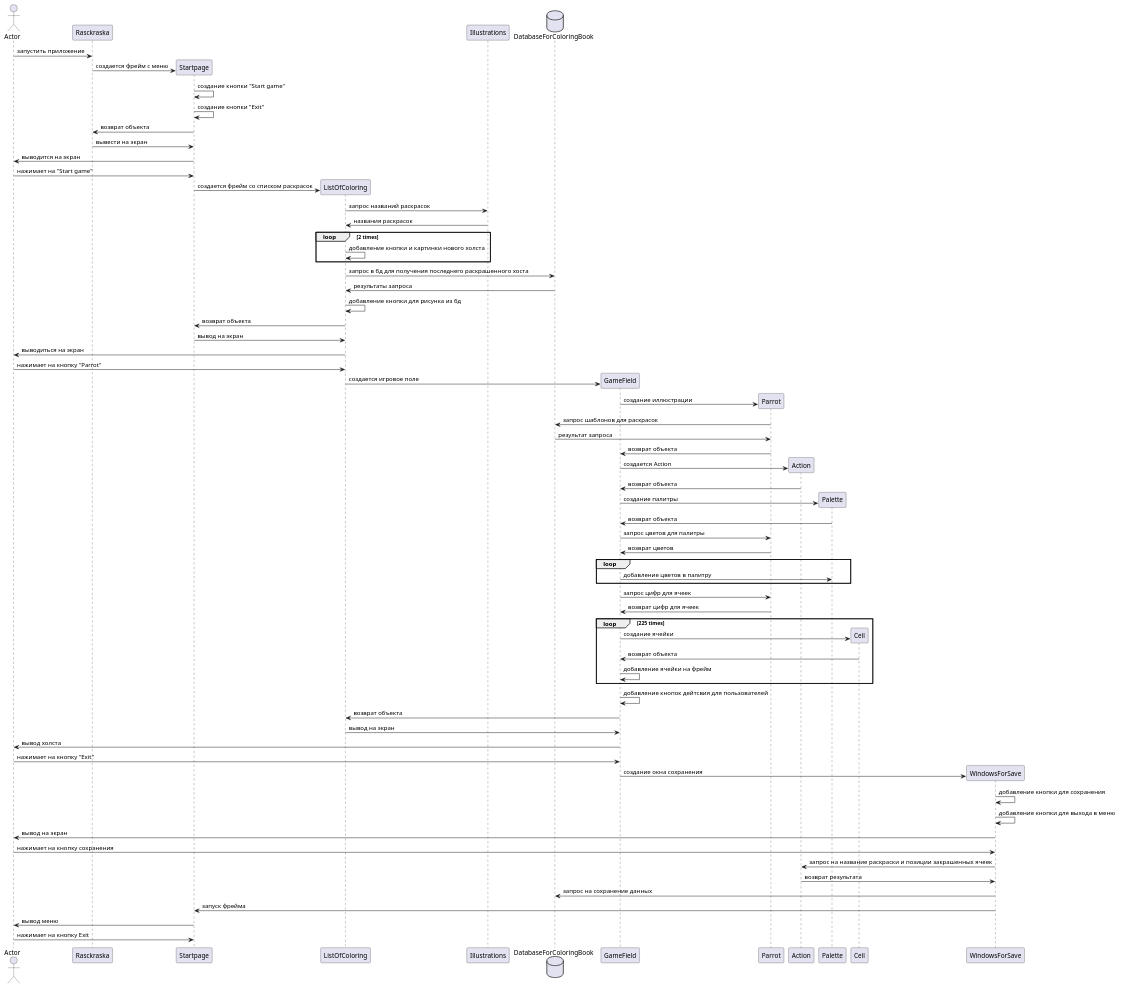
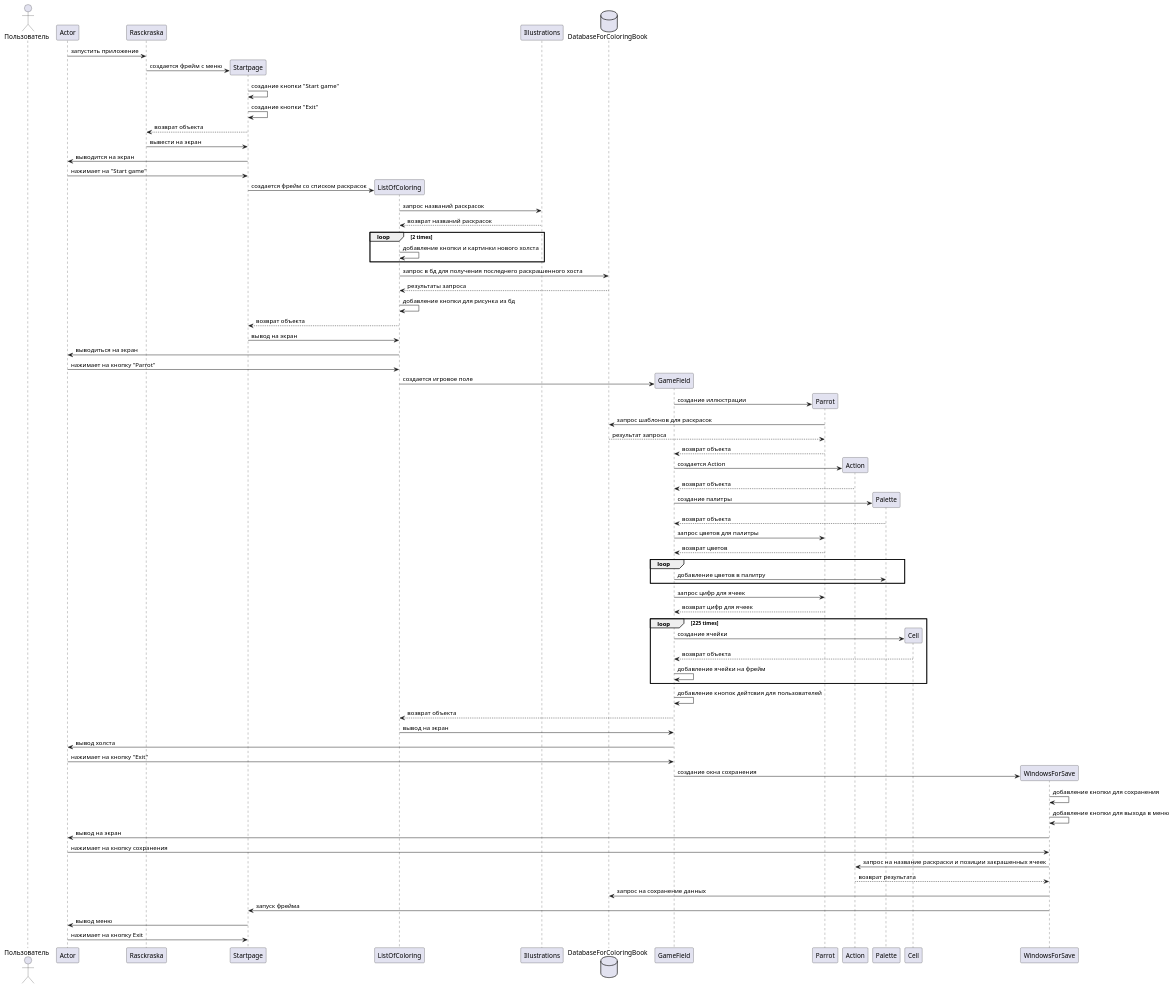
One commit to MatveiSergin/ColoringBook changed the diagram in uml/SequenceDiagrams.puml. Above: the diagram before and after it, drawn with PlantUML. The commit also changed 1 other file, not shown here.

Commit message:
change sequence diagram

```diff
--- a/uml/SequenceDiagrams.puml
+++ b/uml/SequenceDiagrams.puml
@@ -1,62 +1,62 @@
 @startuml
-actor       Actor
+actor       Пользователь
 Actor -> Rasckraska: запустить приложение
 Rasckraska -> Startpage **: создается фрейм с меню
 Startpage -> Startpage: создание кнопки "Start game"
 Startpage -> Startpage: создание кнопки "Exit"
-Startpage -> Rasckraska: возврат объекта
+Startpage --> Rasckraska: возврат объекта
 Rasckraska -> Startpage: вывести на экран
 Startpage -> Actor: выводится на экран
 Actor -> Startpage: нажимает на "Start game"
 Startpage -> ListOfColoring **: создается фрейм со списком раскрасок
 ListOfColoring -> Illustrations: запрос названий раскрасок
-Illustrations -> ListOfColoring: названия раскрасок
+Illustrations --> ListOfColoring: возврат названий раскрасок
 loop 2 times
     ListOfColoring -> ListOfColoring: добавление кнопки и картинки нового холста
 end
 database    DatabaseForColoringBook
 ListOfColoring -> DatabaseForColoringBook: запрос в бд для получения последнего раскрашенного хоста
-DatabaseForColoringBook -> ListOfColoring: результаты запроса
+DatabaseForColoringBook --> ListOfColoring: результаты запроса
 ListOfColoring -> ListOfColoring: добавление кнопки для рисунка из бд
-ListOfColoring -> Startpage: возврат объекта
+ListOfColoring --> Startpage: возврат объекта
 Startpage -> ListOfColoring: вывод на экран
 ListOfColoring -> Actor: выводиться на экран
 Actor -> ListOfColoring: нажимает на кнопку "Parrot"
 ListOfColoring -> GameField **: создается игровое поле
 GameField -> Parrot **: создание иллюстрации
 Parrot -> DatabaseForColoringBook: запрос шаблонов для раскрасок
-DatabaseForColoringBook -> Parrot: результат запроса
-Parrot -> GameField: возврат объекта
+DatabaseForColoringBook --> Parrot: результат запроса
+Parrot --> GameField: возврат объекта
 GameField -> Action **: создается Action
-Action -> GameField: возврат объекта
+Action --> GameField: возврат объекта
 GameField -> Palette **: создание палитры
-Palette -> GameField: возврат объекта
+Palette --> GameField: возврат объекта
 GameField -> Parrot: запрос цветов для палитры
-Parrot -> GameField: возврат цветов
+Parrot --> GameField: возврат цветов
 loop
 GameField -> Palette: добавление цветов в палитру
 end
 GameField -> Parrot: запрос цифр для ячеек
-Parrot -> GameField: возврат цифр для ячеек
+Parrot --> GameField: возврат цифр для ячеек
 loop 225 times
 GameField -> Cell **: создание ячейки
-Cell -> GameField: возврат объекта
+Cell --> GameField: возврат объекта
 GameField -> GameField: добавление ячейки на фрейм
 end
 GameField -> GameField: добавление кнопок дейтсвия для пользователей
-GameField -> ListOfColoring: возврат объекта
+GameField --> ListOfColoring: возврат объекта
 ListOfColoring -> GameField: вывод на экран
 GameField -> Actor: вывод холста
 Actor -> GameField: нажимает на кнопку "Exit"
 GameField -> WindowsForSave **: создание окна сохранения
 WindowsForSave -> WindowsForSave: добавление кнопки для сохранения
 WindowsForSave -> WindowsForSave: добавление кнопки для выхода в меню
 WindowsForSave -> Actor: вывод на экран
 Actor -> WindowsForSave: нажимает на кнопку сохранения
 WindowsForSave -> Action: запрос на название раскраски и позиции закрашенных ячеек
-Action -> WindowsForSave: возврат результата
+Action --> WindowsForSave: возврат результата
 WindowsForSave -> DatabaseForColoringBook: запрос на сохранение данных
 WindowsForSave -> Startpage: запуск фрейма
 Startpage -> Actor: вывод меню
 Actor -> Startpage: нажимает на кнопку Exit
 @enduml
```
